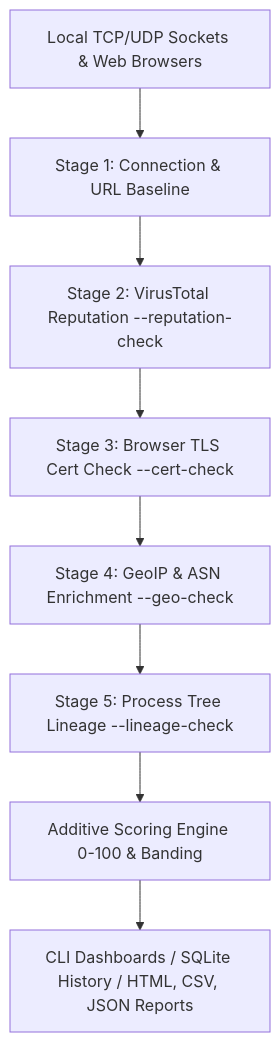
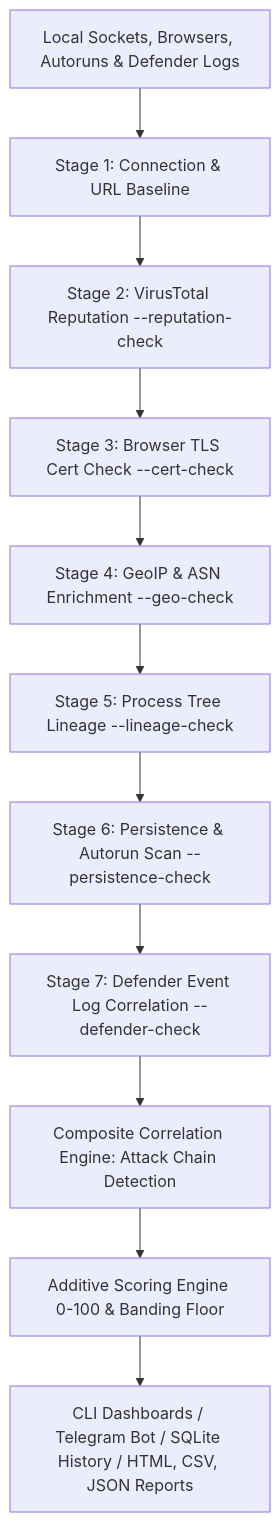
Before and after one commit to Subhadip-Paul2006/Connection-Detection: the first of 2 diagrams in README.md, drawn with Mermaid. The commit also changed other lines of this file, not shown here.

Commit message:
docs(readme): update README.md for 7-Stage Engine, Attack Chains & Telegram Remote Control

````diff
--- a/README.md
+++ b/README.md
@@ -31,10 +32,13 @@
 ```mermaid
 flowchart TD
-    A[Local TCP/UDP Sockets & Web Browsers] --> S1[Stage 1: Connection & URL Baseline]
+    A[Local Sockets, Browsers, Autoruns & Defender Logs] --> S1[Stage 1: Connection & URL Baseline]
     S1 --> S2[Stage 2: VirusTotal Reputation --reputation-check]
     S2 --> S3[Stage 3: Browser TLS Cert Check --cert-check]
     S3 --> S4[Stage 4: GeoIP & ASN Enrichment --geo-check]
     S4 --> S5[Stage 5: Process Tree Lineage --lineage-check]
-    S5 --> R[Additive Scoring Engine 0-100 & Banding]
-    R --> Sinks[CLI Dashboards / SQLite History / HTML, CSV, JSON Reports]
+    S5 --> S6[Stage 6: Persistence & Autorun Scan --persistence-check]
+    S6 --> S7[Stage 7: Defender Event Log Correlation --defender-check]
+    S7 --> C[Composite Correlation Engine: Attack Chain Detection]
+    C --> R[Additive Scoring Engine 0-100 & Banding Floor]
+    R --> Sinks[CLI Dashboards / Telegram Bot / SQLite History / HTML, CSV, JSON Reports]
 ```
````
